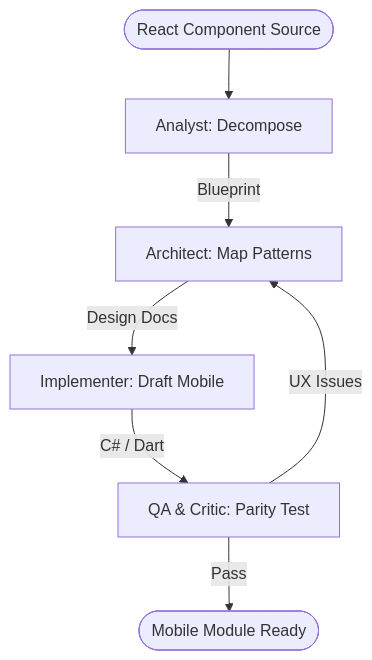
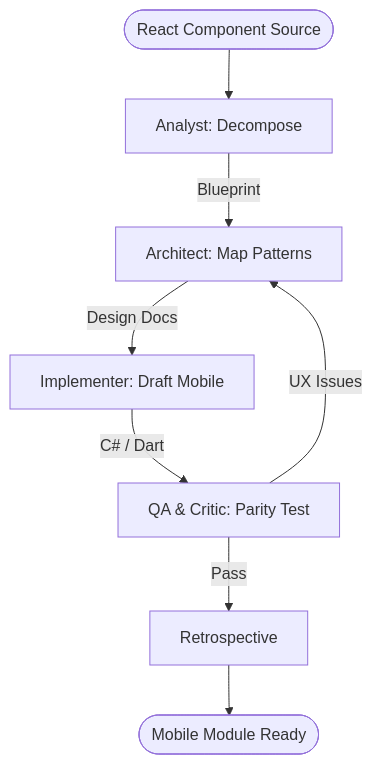
One commit to seanspiesman/Agents-and-Workflows changed the diagram in custom-agents/workflows/maintenance/WebToMobilePort.workflow.md. Above: the diagram before and after it, drawn with Mermaid. The commit also changed other lines of this file and 38 other files, not shown here.

````diff
--- a/custom-agents/workflows/maintenance/WebToMobilePort.workflow.md
+++ b/custom-agents/workflows/maintenance/WebToMobilePort.workflow.md
@@ -60,9 +68,10 @@
 ```mermaid
 flowchart TD
     Start([React Component Source]) --> P1[Analyst: Decompose]
     P1 -->|Blueprint| P2[Architect: Map Patterns]
     P2 -->|Design Docs| P3[Implementer: Draft Mobile]
     P3 -->|C# / Dart| P4[QA & Critic: Parity Test]
     P4 -->|UX Issues| P2
-    P4 -->|Pass| End([Mobile Module Ready])
+    P4 -->|Pass| P5[Retrospective]
+    P5 --> End([Mobile Module Ready])
 ```
````
